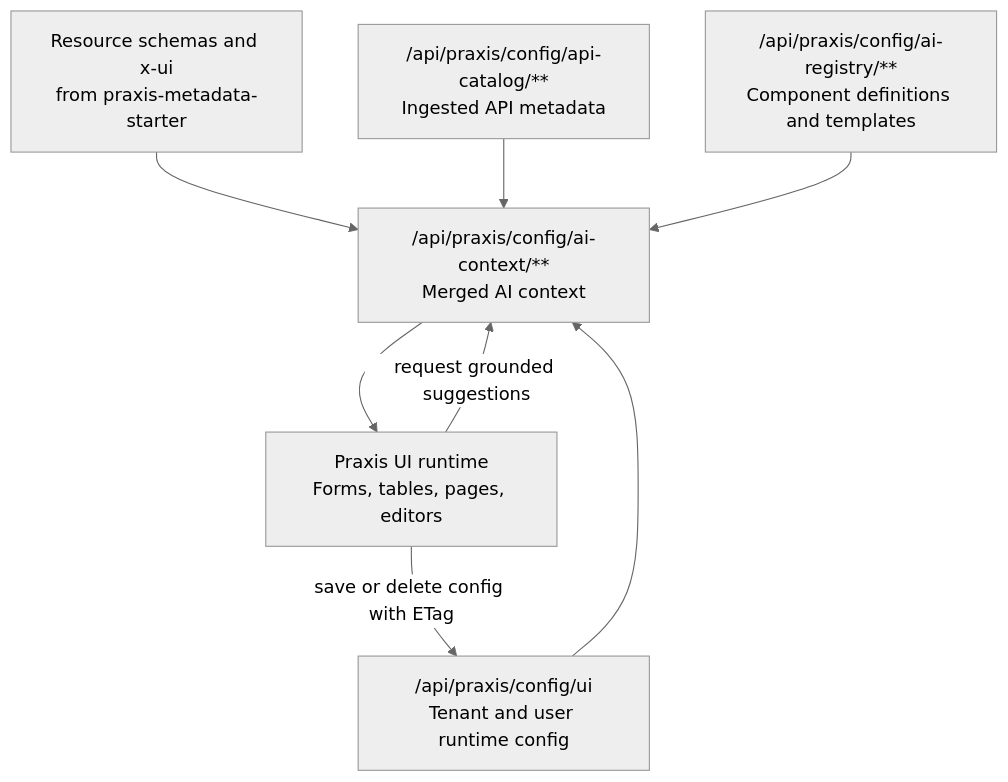
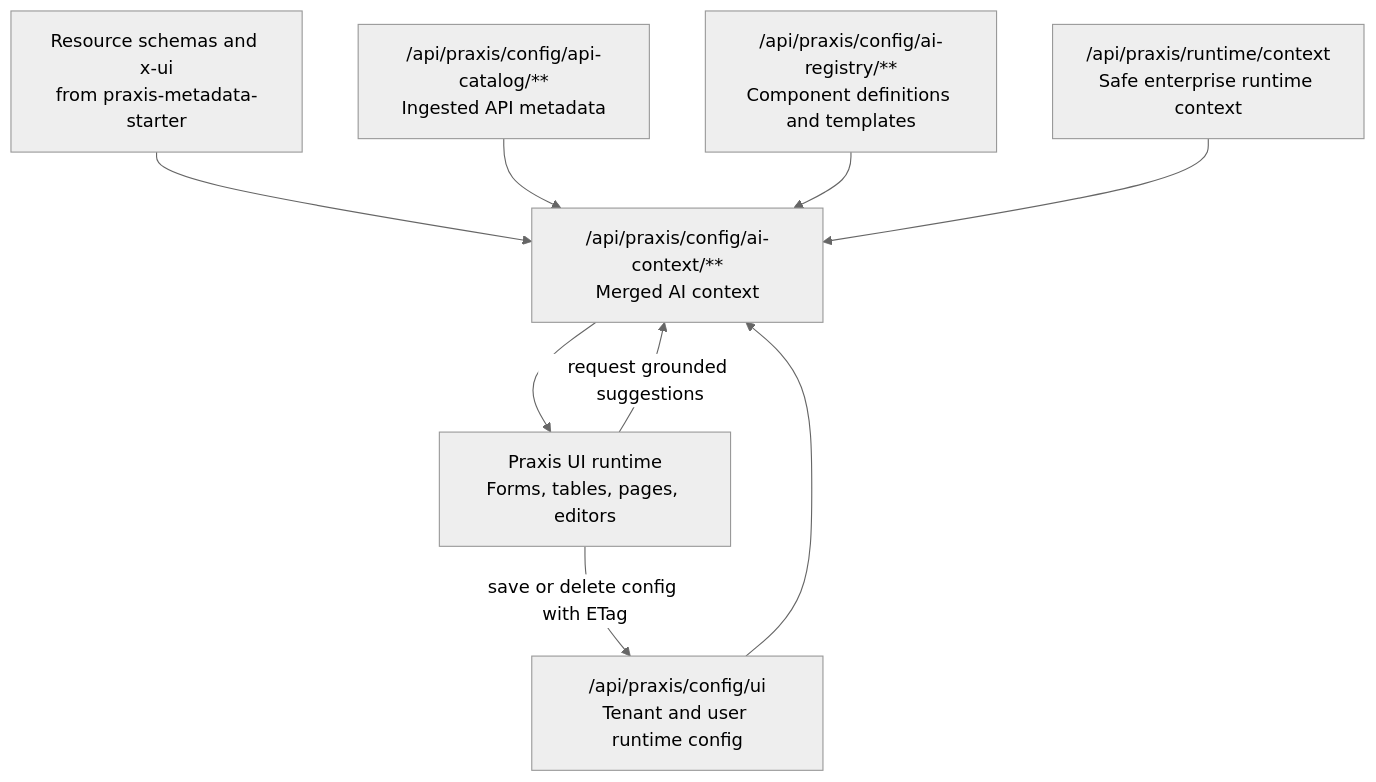
The second of 3 diagrams in README.md (codexrodrigues/praxis-config-starter), drawn with Mermaid (neutral theme) before and after one commit. The commit also changed other lines of this file and 13 other files, not shown here.

Commit message:
feat: add enterprise runtime context endpoint

````diff
--- a/README.md
+++ b/README.md
@@ -89,17 +91,19 @@
 ```mermaid
 flowchart TD
     schemas["Resource schemas and x-ui<br/>from praxis-metadata-starter"]
     apiCatalog["/api/praxis/config/api-catalog/**<br/>Ingested API metadata"]
     registry["/api/praxis/config/ai-registry/**<br/>Component definitions and templates"]
     uiConfig["/api/praxis/config/ui<br/>Tenant and user runtime config"]
+    runtimeContext["/api/praxis/runtime/context<br/>Safe enterprise runtime context"]
     context["/api/praxis/config/ai-context/**<br/>Merged AI context"]
     runtime["Praxis UI runtime<br/>Forms, tables, pages, editors"]
 
     schemas --> context
     apiCatalog --> context
     registry --> context
     uiConfig --> context
+    runtimeContext --> context
     context --> runtime
     runtime -->|"save or delete config with ETag"| uiConfig
     runtime -->|"request grounded suggestions"| context
 ```
````
